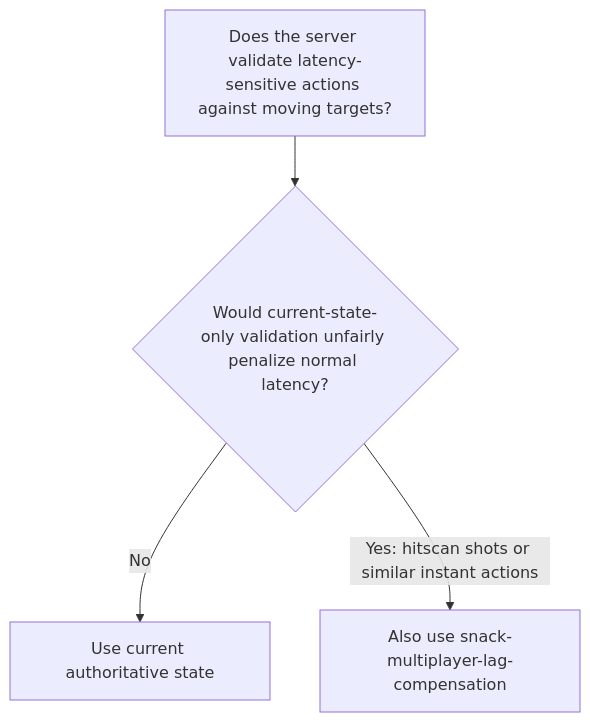
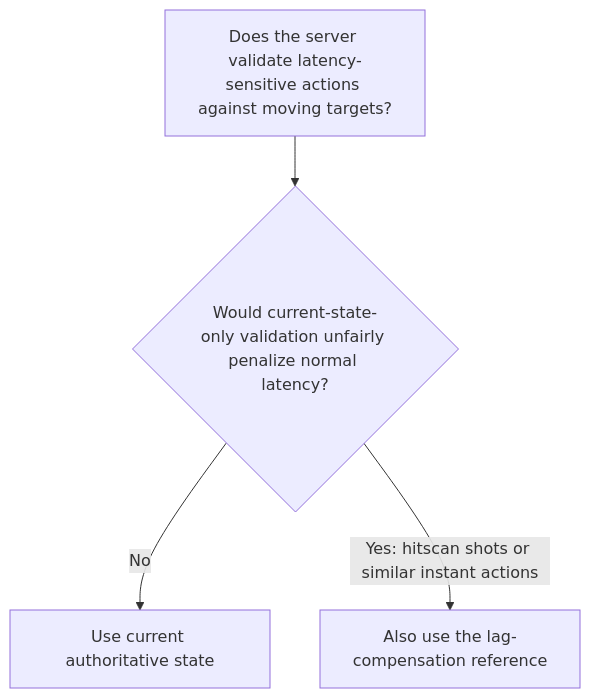
The second of 3 diagrams in .claude/skills/snack-build-multiplayer/SKILL.md (snackdotgame/voxel-game-template), drawn with Mermaid before and after one commit. The commit also changed other lines of this file and 64 other files, not shown here.

````diff
--- a/.claude/skills/snack-build-multiplayer/SKILL.md
+++ b/.claude/skills/snack-build-multiplayer/SKILL.md
@@ -53,6 +55,6 @@
 ```mermaid
 flowchart TD
   A["Does the server validate latency-sensitive actions against moving targets?"] --> B{"Would current-state-only validation unfairly penalize normal latency?"}
   B -- "No" --> C["Use current authoritative state"]
-  B -- "Yes: hitscan shots or similar instant actions" --> L["Also use snack-multiplayer-lag-compensation"]
+  B -- "Yes: hitscan shots or similar instant actions" --> L["Also use the lag-compensation reference"]
 ```
````
